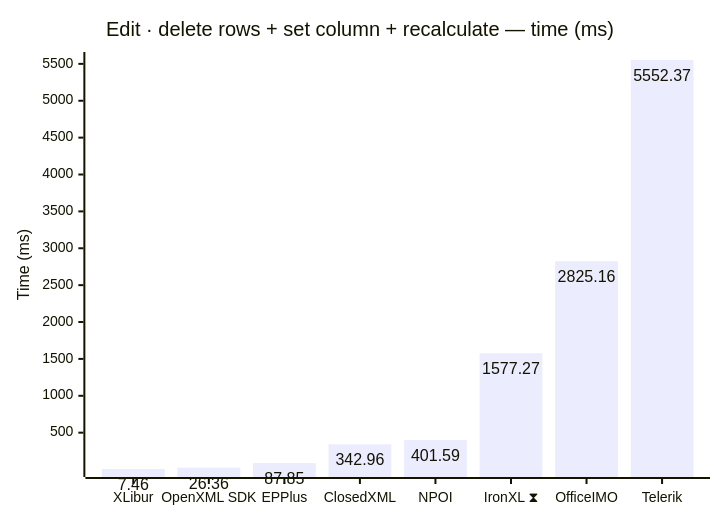
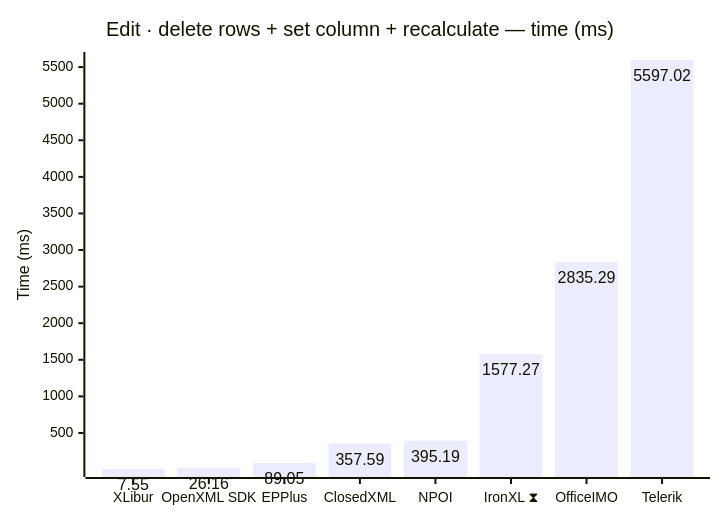
Diagram 11 of 18 in docs/results.md (jafin/XLBench), drawn with Mermaid before and after one commit. The commit also changed other lines of this file and 2 other files, not shown here.

````diff
--- a/docs/results.md
+++ b/docs/results.md
@@ -146,12 +172,12 @@
 ```mermaid
 ---
 config:
   xyChart:
     showDataLabel: true
 ---
 xychart-beta
     title "Edit · delete rows + set column + recalculate — time (ms)"
     x-axis ["XLibur", "OpenXML SDK", "EPPlus", "ClosedXML", "NPOI", "IronXL ⧗", "OfficeIMO", "Telerik"]
     y-axis "Time (ms)"
-    bar [7.46, 26.36, 87.85, 342.96, 401.59, 1577.27, 2825.16, 5552.37]
+    bar [7.55, 26.16, 89.05, 357.59, 395.19, 1577.27, 2835.29, 5597.02]
 ```
````
